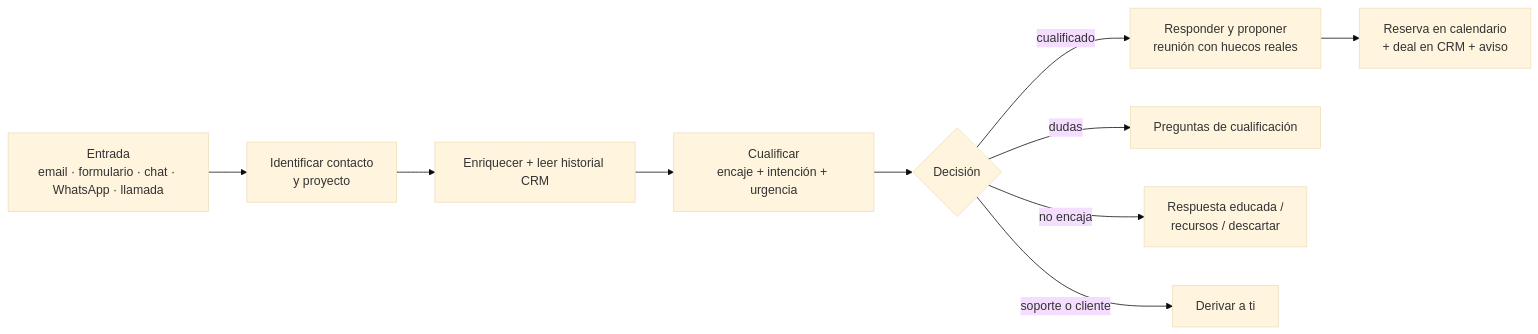
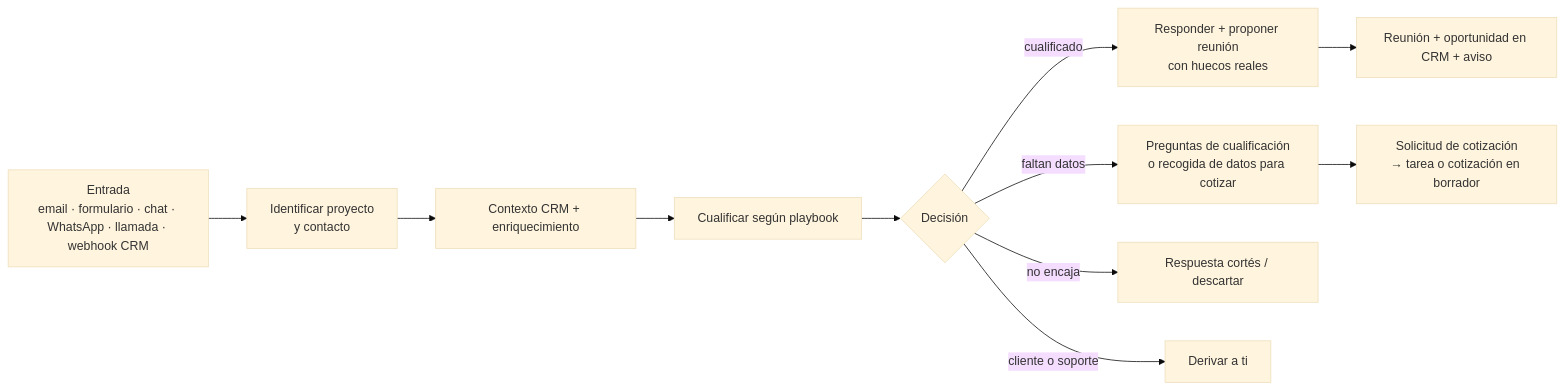
One commit to fredibaques/salesmate changed the third of 5 diagrams in docs/PLAN.md. Above: the diagram before and after it, drawn with Mermaid (base theme). The commit also changed other lines of this file and 1 other file, not shown here.

````diff
--- a/docs/PLAN.md
+++ b/docs/PLAN.md
@@ -194,12 +354,13 @@
 ```mermaid
 flowchart LR
-    A[Entrada<br/>email · formulario · chat · WhatsApp · llamada] --> B[Identificar contacto<br/>y proyecto]
-    B --> C[Enriquecer + leer historial CRM]
-    C --> D[Cualificar<br/>encaje + intención + urgencia]
+    A[Entrada<br/>email · formulario · chat · WhatsApp · llamada · webhook CRM] --> B[Identificar proyecto<br/>y contacto]
+    B --> C[Contexto CRM + enriquecimiento]
+    C --> D[Cualificar según playbook]
     D --> E{Decisión}
-    E -->|cualificado| F[Responder y proponer<br/>reunión con huecos reales]
-    E -->|dudas| G[Preguntas de cualificación]
-    E -->|no encaja| H[Respuesta educada /<br/>recursos / descartar]
-    E -->|soporte o cliente| I[Derivar a ti]
-    F --> J[Reserva en calendario<br/>+ deal en CRM + aviso]
+    E -->|cualificado| F[Responder + proponer reunión<br/>con huecos reales]
+    E -->|faltan datos| G[Preguntas de cualificación<br/>o recogida de datos para cotizar]
+    E -->|no encaja| H[Respuesta cortés / descartar]
+    E -->|cliente o soporte| I[Derivar a ti]
+    F --> J[Reunión + oportunidad en CRM + aviso]
+    G --> K[Solicitud de cotización<br/>→ tarea o cotización en borrador]
 ```
````
